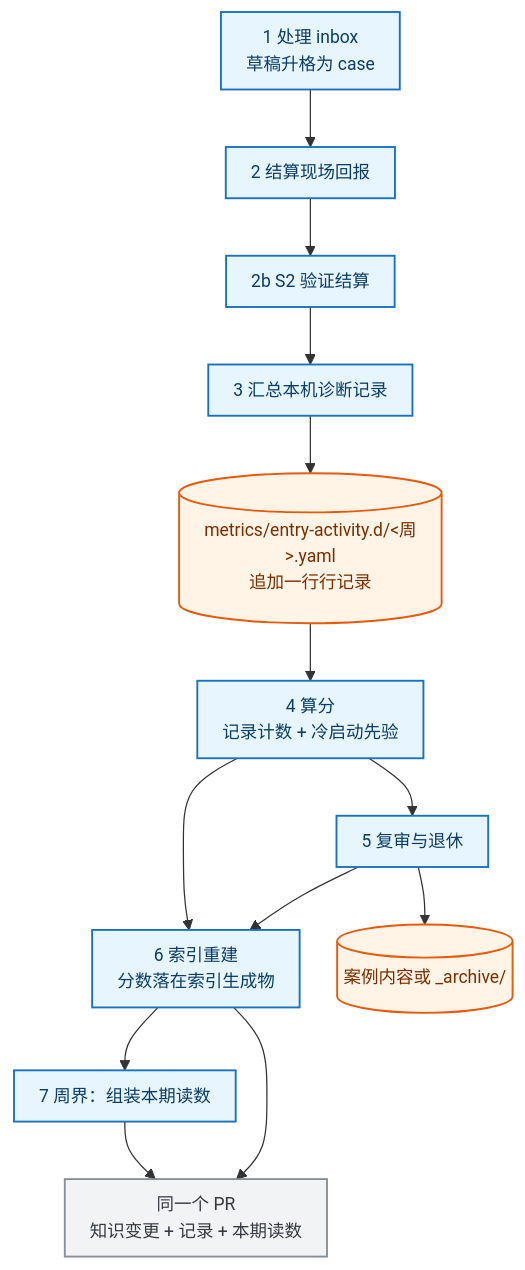
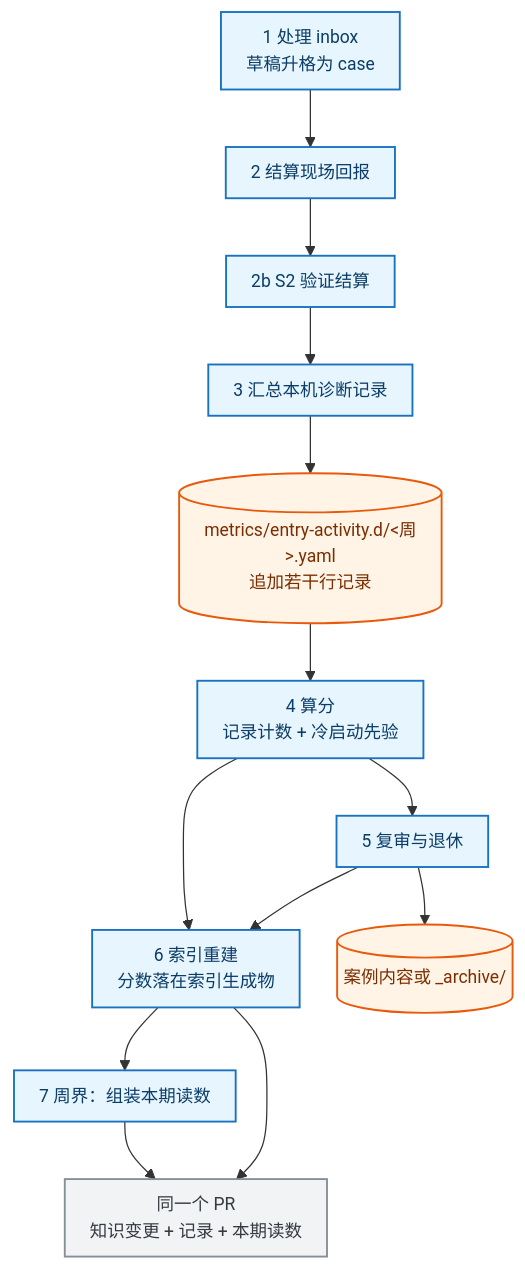
One commit to Bowen-Leee/ascend-sleuth changed the third of 4 diagrams in docs/mechanism/diagnosis-observability.md. Above: the diagram before and after it, drawn with Mermaid. The commit also changed other lines of this file, not shown here.

Commit message:
docs(机制): 统一两个新脚本命名、图与记录行对齐、压缩触发节两段

````diff
--- a/docs/mechanism/diagnosis-observability.md
+++ b/docs/mechanism/diagnosis-observability.md
@@ -219,23 +219,23 @@
 ```mermaid
 %%{init: {'themeVariables':{'fontSize':'14px'},'flowchart':{'curve':'basis','nodeSpacing':30,'rankSpacing':46,'padding':10}}}%%
 flowchart TB
     S1["1 处理 inbox<br/>草稿升格为 case"] --> S2["2 结算现场回报"]
     S2 --> S2B["2b S2 验证结算"]
     S2B --> S3["3 汇总本机诊断记录"]
-    S3 --> R[("metrics/entry-activity.d/&lt;周&gt;.yaml<br/>追加一行行记录")]
+    S3 --> R[("metrics/entry-activity.d/&lt;周&gt;.yaml<br/>追加若干行记录")]
     R --> S4["4 算分<br/>记录计数 + 冷启动先验"]
     S4 --> S5["5 复审与退休"]
     S5 --> S6["6 索引重建<br/>分数落在索引生成物"]
     S4 --> S6
     S5 --> C2[("案例内容或 _archive/")]
     S6 --> S7["7 周界：组装本期读数"]
     S6 --> PR["同一个 PR<br/>知识变更 + 记录 + 本期读数"]
     S7 --> PR
 
     classDef step fill:#e7f5ff,stroke:#1971c2,stroke-width:1.5px,color:#0b3d66
     classDef store fill:#fff4e6,stroke:#e8590c,stroke-width:1.5px,color:#7a2e00
     classDef pr fill:#f1f3f5,stroke:#868e96,stroke-width:1.5px,color:#343a40
     class S1,S2,S2B,S3,S4,S5,S6,S7 step
     class R,C2 store
     class PR pr
 ```
````
